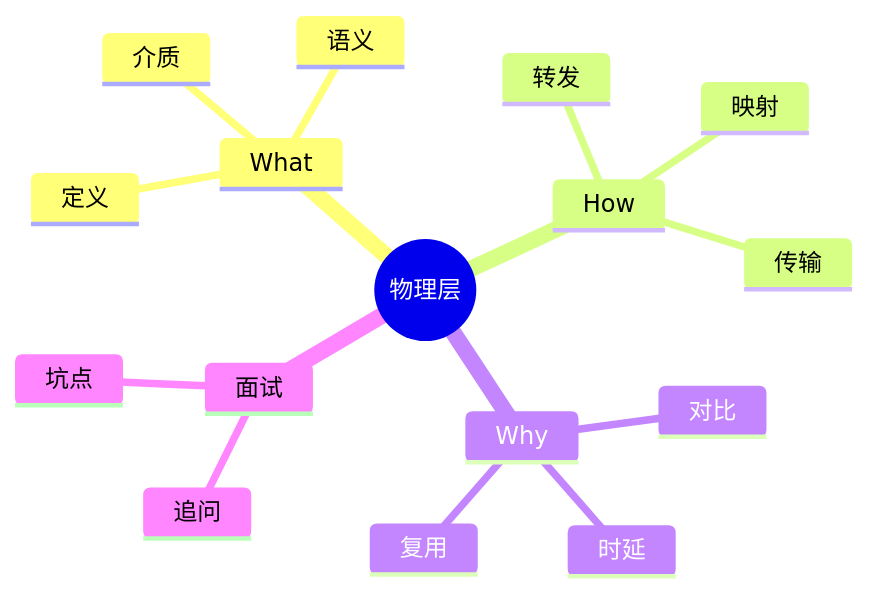
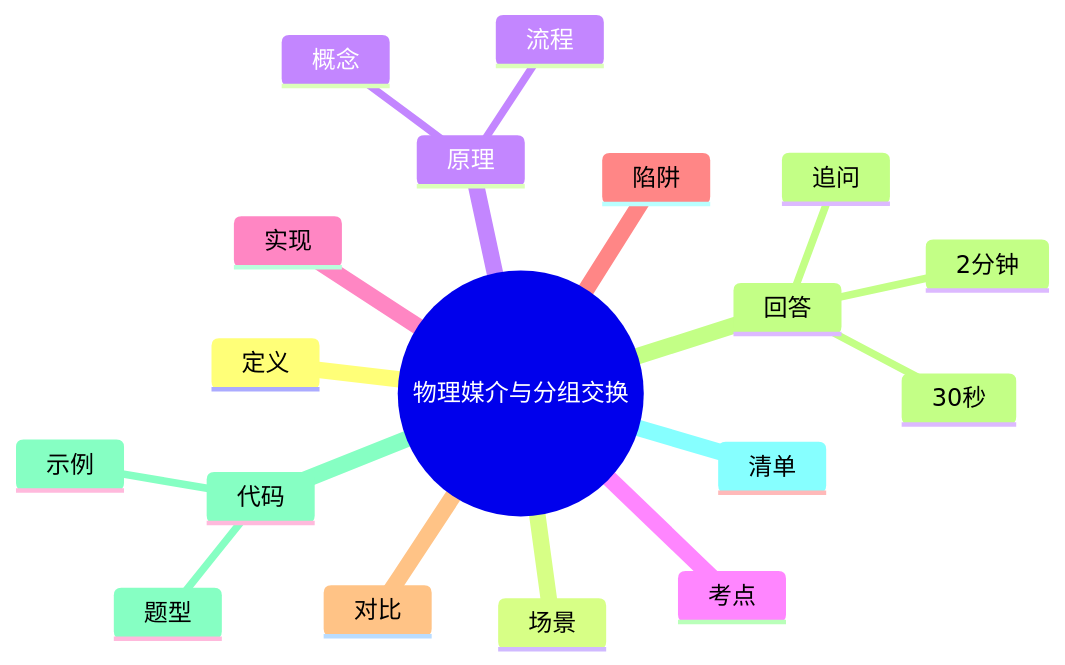
Before and after one commit to laoliu-463/mybook: the diagram in 10_CS_Basics/计算机网络物理媒介和分组交换原理.md, drawn with Mermaid. The commit also changed other lines of this file and 3 other files, not shown here.

````diff
--- a/10_CS_Basics/计算机网络物理媒介和分组交换原理.md
+++ b/10_CS_Basics/计算机网络物理媒介和分组交换原理.md
@@ -10,19 +189,21 @@
 ```mermaid
 mindmap
-  root((物理层))
-    What
-      定义
-      介质
-      语义
-    How
-      映射
-      传输
-      转发
-    Why
-      对比
-      时延
-      复用
-    面试
+  root((物理媒介与分组交换))
+    定义
+    场景
+    原理
+      流程
+      概念
+    考点
+    实现
+    陷阱
+    对比
+    回答
+      30秒
+      2分钟
       追问
-      坑点
+    代码
+      题型
+      示例
+    清单
 ```
````
